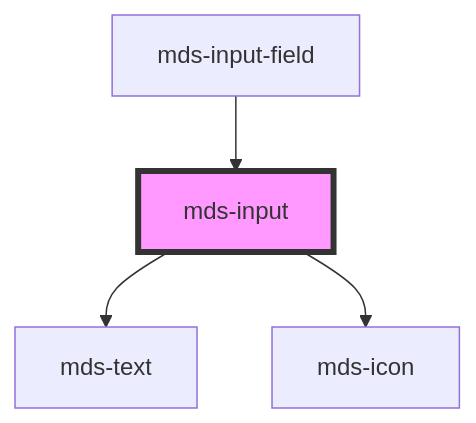
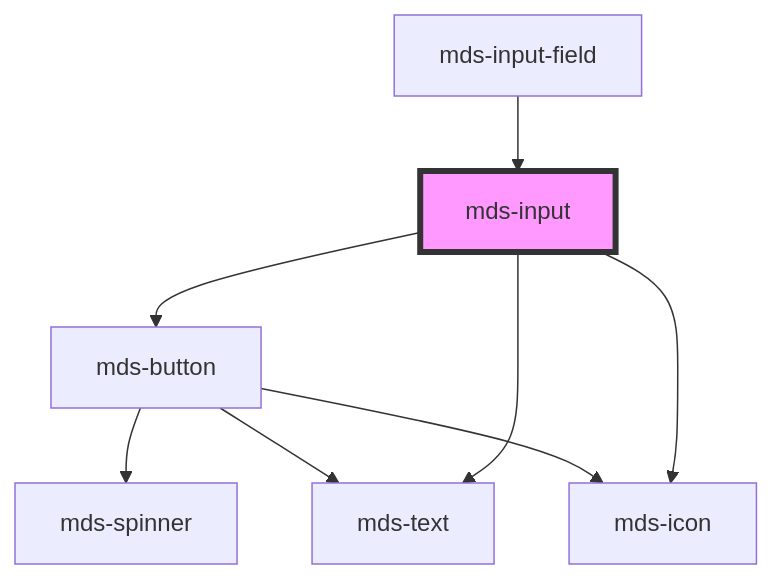
One commit to magma-design-system/magma changed the diagram in projects/stencil/src/components/mds-input/readme.md. Above: the diagram before and after it, drawn with Mermaid. The commit also changed other lines of this file and 2 other files, not shown here.

Commit message:
feat(mds-input): add buttons for numeric type

````diff
--- a/projects/stencil/src/components/mds-input/readme.md
+++ b/projects/stencil/src/components/mds-input/readme.md
@@ -96,7 +105,11 @@
 ```mermaid
 graph TD;
+  mds-input --> mds-button
   mds-input --> mds-text
   mds-input --> mds-icon
+  mds-button --> mds-spinner
+  mds-button --> mds-icon
+  mds-button --> mds-text
   mds-input-field --> mds-input
   style mds-input fill:#f9f,stroke:#333,stroke-width:4px
 ```
````
